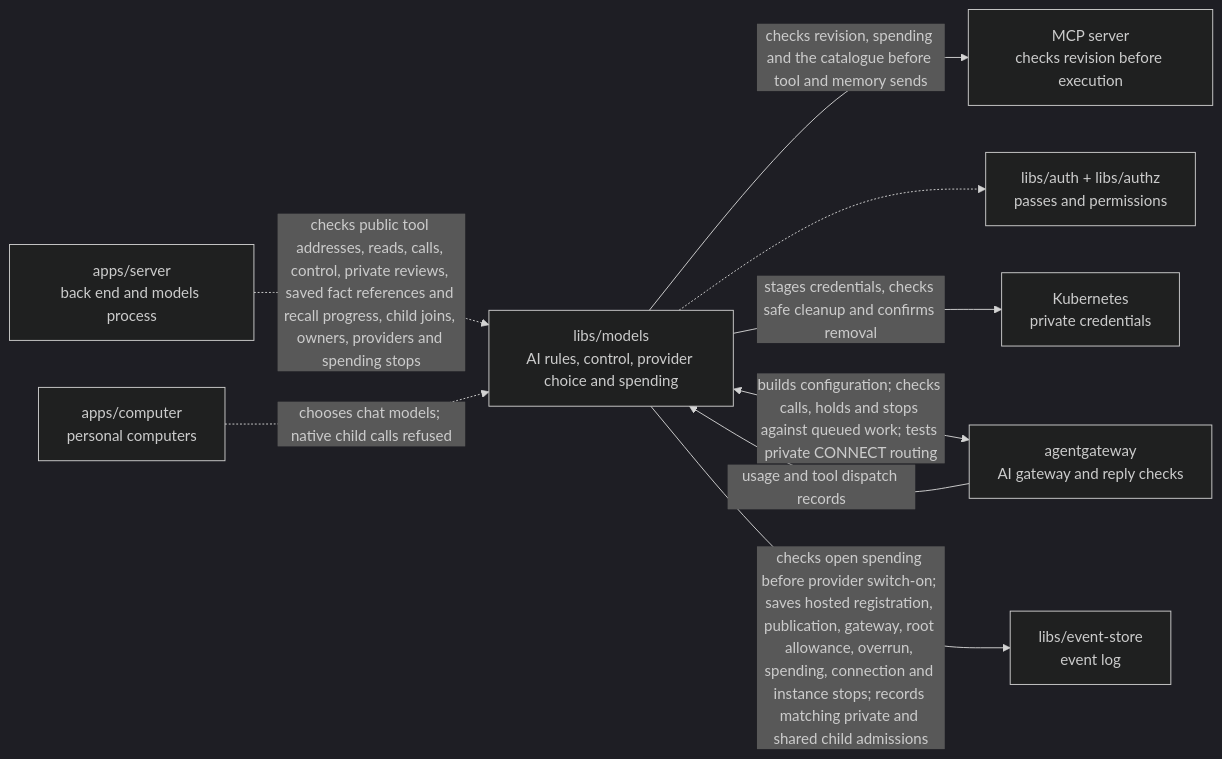
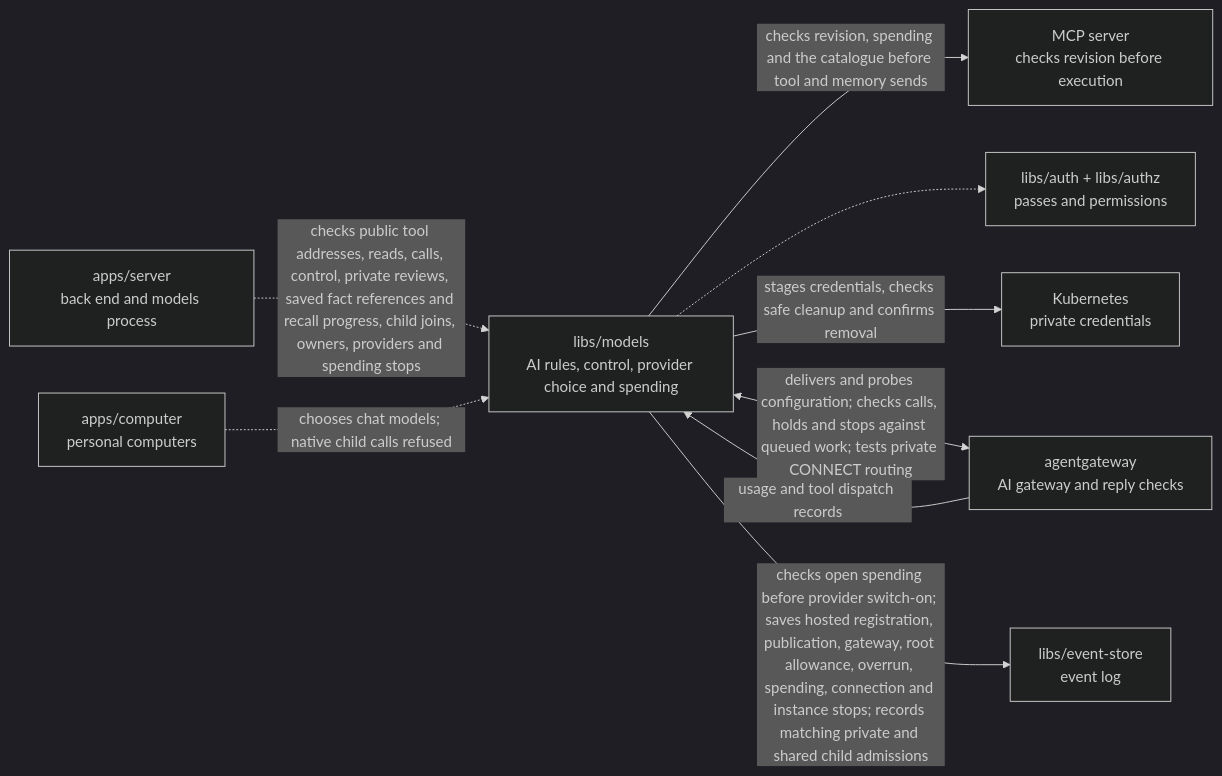
Before and after one commit to elewa-git/opencrane-new: the diagram in libs/models/README.md, drawn with Mermaid (dark theme). The commit also changed other lines of this file and 15 other files, not shown here.

````diff
--- a/libs/models/README.md
+++ b/libs/models/README.md
@@ -14,11 +14,11 @@
 ```mermaid
 flowchart LR
   server["apps/server<br/>back end and models process"] -.->|checks public tool addresses, reads, calls, control, private reviews, saved fact references and recall progress, child joins, owners, providers and spending stops| models["libs/models<br/>AI rules, control, provider choice and spending"]
   models -->|checks revision, spending and the catalogue before tool and memory sends| mcp["MCP server<br/>checks revision before execution"]
   computer["apps/computer<br/>personal computers"] -.->|chooses chat models; native child calls refused| models
   models -.-> auth["libs/auth + libs/authz<br/>passes and permissions"]
   models -->|stages credentials, checks safe cleanup and confirms removal| custody["Kubernetes<br/>private credentials"]
-  models <-->|builds configuration; checks calls, holds and stops against queued work; tests private CONNECT routing| gateway["agentgateway<br/>AI gateway and reply checks"]
+  models <-->|delivers and probes configuration; checks calls, holds and stops against queued work; tests private CONNECT routing| gateway["agentgateway<br/>AI gateway and reply checks"]
   gateway -->|usage and tool dispatch records| models
   models -->|checks open spending before provider switch-on; saves hosted registration, publication, gateway, root allowance, overrun, spending, connection and instance stops; records matching private and shared child admissions| store["libs/event-store<br/>event log"]
 ```
````
